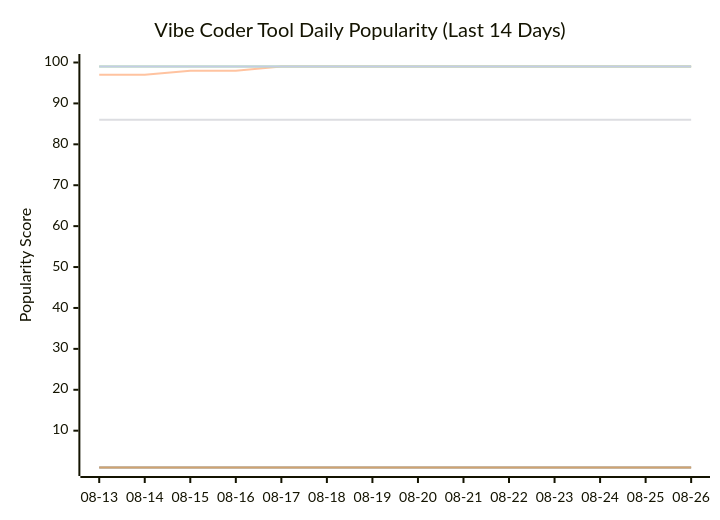
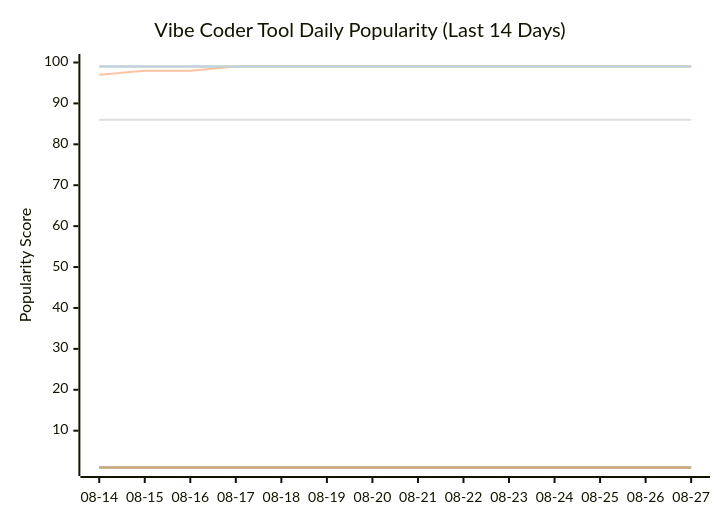
Before and after one commit to tykimos/ai-whatchelin: the seventh of 11 diagrams in README.md, drawn with Mermaid. The commit also changed other lines of this file and 4 other files, not shown here.

````diff
--- a/README.md
+++ b/README.md
@@ -2333,13 +2333,13 @@
 ```mermaid
 xychart-beta
     title "Vibe Coder Tool Daily Popularity (Last 14 Days)"
-    x-axis ["08-13", "08-14", "08-15", "08-16", "08-17", "08-18", "08-19", "08-20", "08-21", "08-22", "08-23", "08-24", "08-25", "08-26"]
+    x-axis ["08-14", "08-15", "08-16", "08-17", "08-18", "08-19", "08-20", "08-21", "08-22", "08-23", "08-24", "08-25", "08-26", "08-27"]
     y-axis "Popularity Score" 1 --> 100
     line "Claude Code" [99, 99, 99, 99, 99, 99, 99, 99, 99, 99, 99, 99, 99, 99]
     line "GH Copilot" [1, 1, 1, 1, 1, 1, 1, 1, 1, 1, 1, 1, 1, 1]
-    line "Cursor" [97, 97, 98, 98, 99, 99, 99, 99, 99, 99, 99, 99, 99, 99]
+    line "Cursor" [97, 98, 98, 99, 99, 99, 99, 99, 99, 99, 99, 99, 99, 99]
     line "Windsurf" [86, 86, 86, 86, 86, 86, 86, 86, 86, 86, 86, 86, 86, 86]
     line "Codex CLI" [99, 99, 99, 99, 99, 99, 99, 99, 99, 99, 99, 99, 99, 99]
     line "Gemini CLI" [1, 1, 1, 1, 1, 1, 1, 1, 1, 1, 1, 1, 1, 1]
     line "Antigravity" [99, 99, 99, 99, 99, 99, 99, 99, 99, 99, 99, 99, 99, 99]
 ```
````
